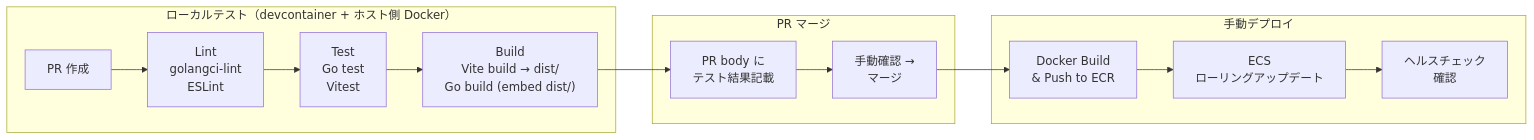
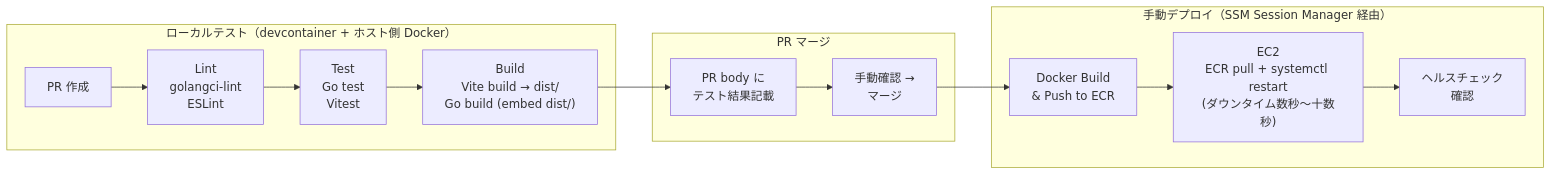
Before and after one commit to atsuro128/dev-journal: the fifth of 6 diagrams in deliverables/docs/30_arch/diagrams.md, drawn with Mermaid. The commit also changed other lines of this file and 12 other files, not shown here.

````diff
--- a/deliverables/docs/30_arch/diagrams.md
+++ b/deliverables/docs/30_arch/diagrams.md
@@ -204,19 +200,19 @@
 ```mermaid
 graph LR
     subgraph LocalCI["ローカルテスト（devcontainer + ホスト側 Docker）"]
         A["PR 作成"] --> B["Lint<br/>golangci-lint<br/>ESLint"]
         B --> C["Test<br/>Go test<br/>Vitest"]
         C --> D["Build<br/>Vite build → dist/<br/>Go build (embed dist/)"]
     end
 
     subgraph Merge["PR マージ"]
         D --> E["PR body に<br/>テスト結果記載"]
         E --> F["手動確認 →<br/>マージ"]
     end
 
-    subgraph Deploy["手動デプロイ"]
+    subgraph Deploy["手動デプロイ（SSM Session Manager 経由）"]
         F --> G["Docker Build<br/>& Push to ECR"]
-        G --> H["ECS<br/>ローリングアップデート"]
+        G --> H["EC2<br/>ECR pull + systemctl restart<br/>(ダウンタイム数秒〜十数秒)"]
         H --> I["ヘルスチェック<br/>確認"]
     end
 ```
````
